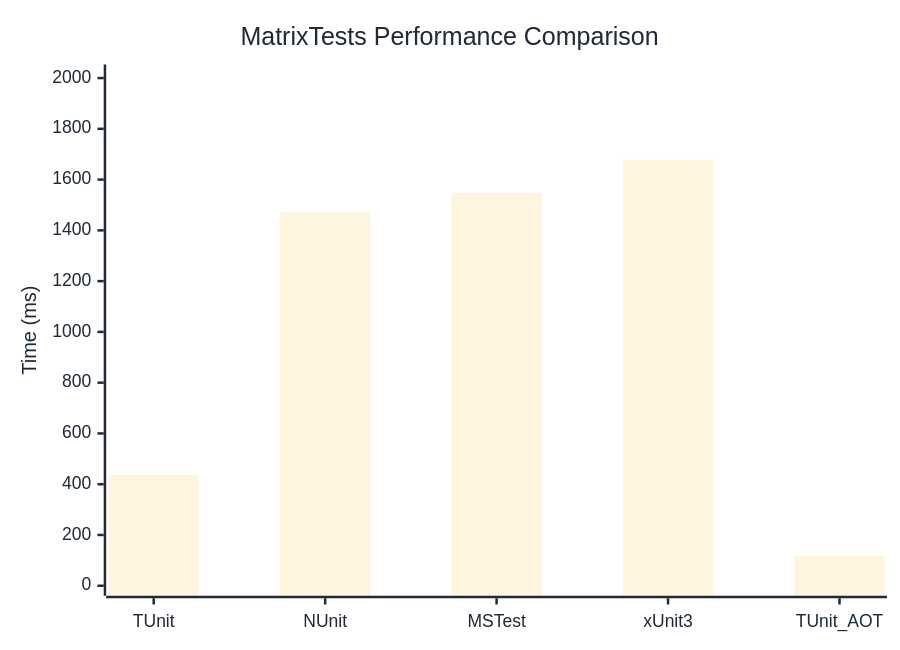
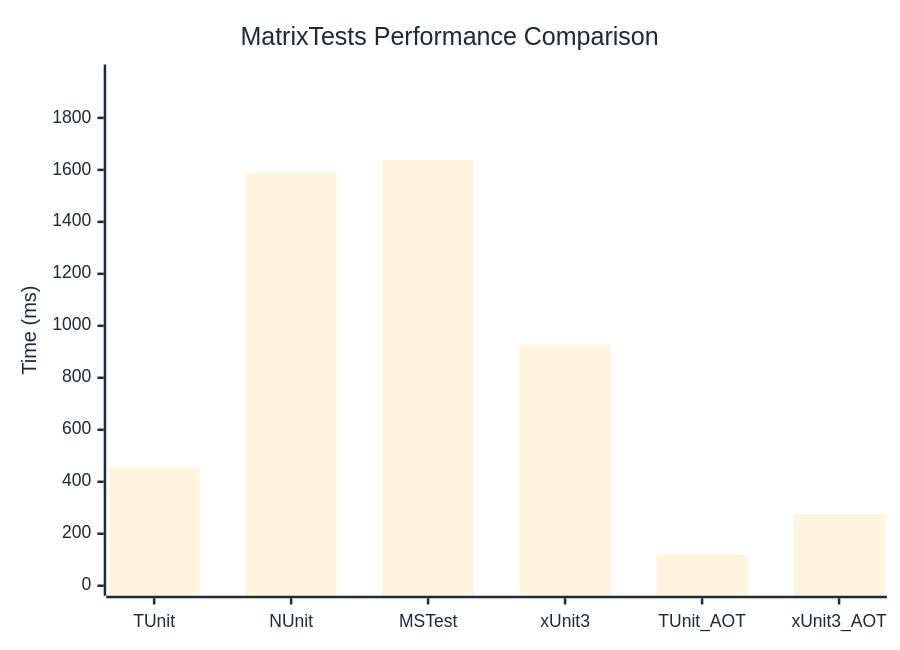
Before and after one commit to thomhurst/TUnit: the diagram in docs/docs/benchmarks/engine/MatrixTests.md, drawn with Mermaid. The commit also changed other lines of this file and 18 other files, not shown here.

````diff
--- a/docs/docs/benchmarks/engine/MatrixTests.md
+++ b/docs/docs/benchmarks/engine/MatrixTests.md
@@ -29,37 +30,37 @@
 ```mermaid
 %%{init: {
   'theme':'base',
   'themeVariables': {
     'primaryColor': '#2563eb',
     'primaryTextColor': '#1f2937',
     'primaryBorderColor': '#1e40af',
     'lineColor': '#6b7280',
     'secondaryColor': '#7c3aed',
     'tertiaryColor': '#dc2626',
     'background': '#ffffff',
     'mainBkg': '#2563eb',
     'secondBkg': '#7c3aed',
     'tertiaryBkg': '#dc2626',
     'clusterBkg': '#f3f4f6',
     'edgeLabelBackground': '#ffffff',
     'tertiaryTextColor': '#1f2937',
     'pie1': '#2563eb',
     'pie2': '#7c3aed',
     'pie3': '#dc2626',
     'pie4': '#f59e0b',
     'pie5': '#10b981',
     'pie6': '#06b6d4',
     'pie7': '#ec4899',
     'pie8': '#6366f1',
     'pie9': '#84cc16',
     'pie10': '#f97316',
     'pie11': '#14b8a6',
     'pie12': '#a855f7'
   }
 }}%%
 xychart-beta
   title "MatrixTests Performance Comparison"
-  x-axis ["TUnit", "NUnit", "MSTest", "xUnit3", "TUnit_AOT"]
-  y-axis "Time (ms)" 0 --> 2014
-  bar [436.2, 1471.3, 1547.8, 1677.9, 117.8]
+  x-axis ["TUnit", "NUnit", "MSTest", "xUnit3", "TUnit_AOT", "xUnit3_AOT"]
+  y-axis "Time (ms)" 0 --> 1967
+  bar [457.6, 1588.2, 1638.5, 926.6, 120, 274.5]
 ```
````
